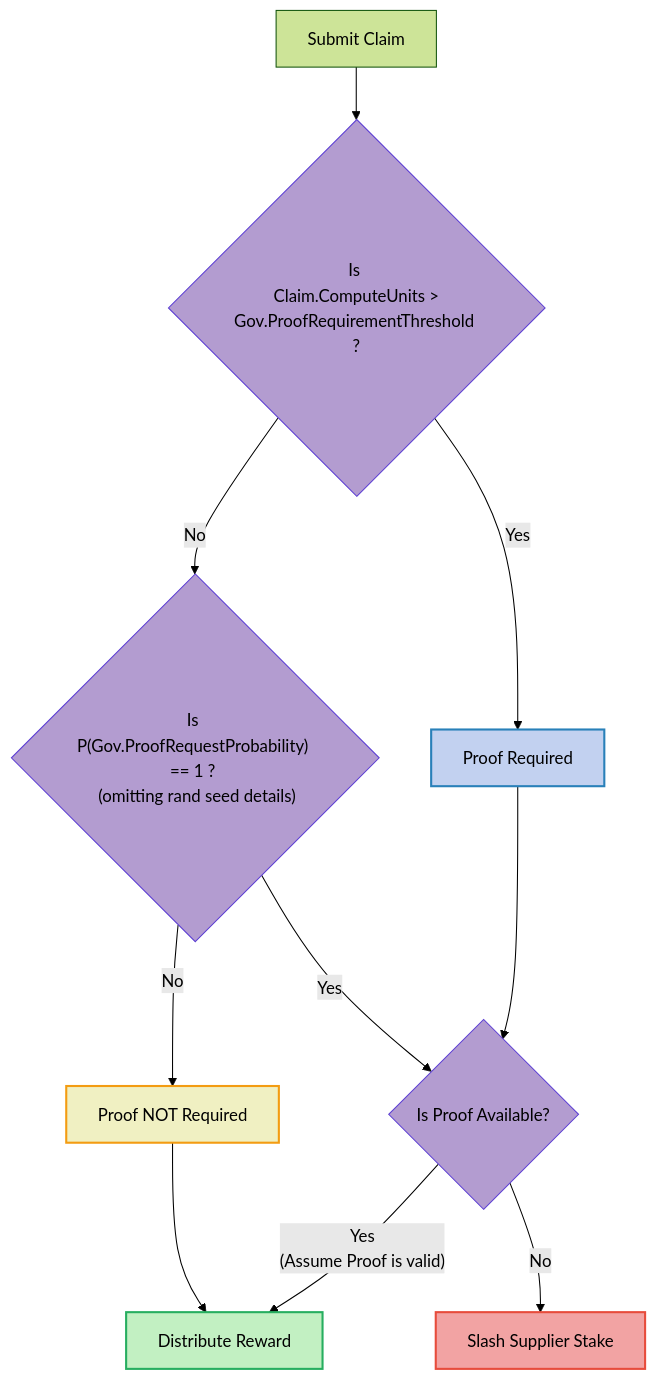
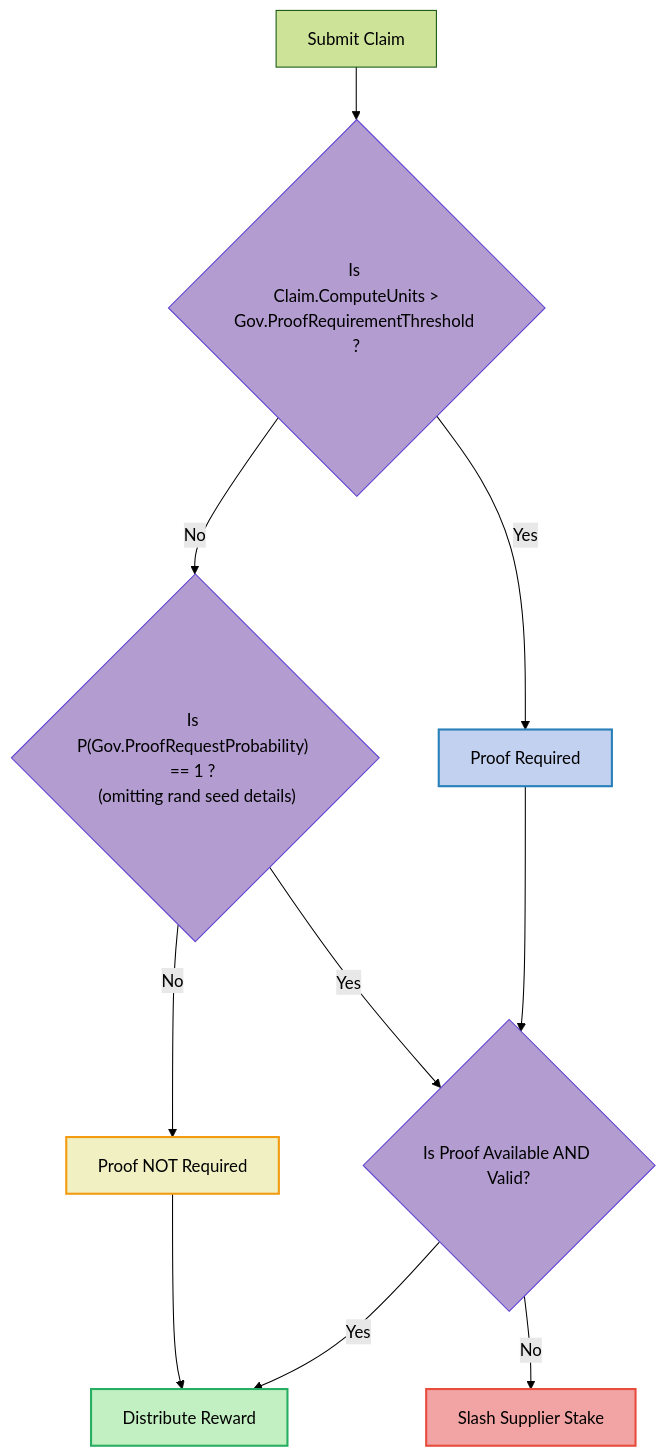
The diagram in docusaurus/docs/protocol/primitives/probabilistic_proofs.md (pokt-network/poktroll), drawn with Mermaid (forest theme) before and after one commit. The commit also changed other lines of this file, not shown here.

````diff
--- a/docusaurus/docs/protocol/primitives/probabilistic_proofs.md
+++ b/docusaurus/docs/protocol/primitives/probabilistic_proofs.md
@@ -95,37 +95,37 @@
 ```mermaid
 flowchart TD
     DR[Distribute Reward]
     SC[Submit Claim]
     PR[Proof Required]
     NP[Proof NOT Required]
     SLASH[Slash Supplier Stake]
 
     %% Is Claim Above Threshold
     ISCAT{ Is <br> Claim.ComputeUnits > Gov.ProofRequirementThreshold ? }
     %% Is Probabilistic Proof Required
     ISPPR{"Is P(Gov.ProofRequestProbability) == 1 ? <br> (omitting rand seed details)"}
     %% Is Proof Available
-    ISPA{"Is Proof Available?"}
+    ISPA{"Is Proof Available AND Valid?"}
 
     SC --> ISCAT
 
     ISCAT --> |No| ISPPR
     ISCAT --> |Yes| PR
 
     ISPPR --> |No| NP
     ISPPR --> |Yes| ISPA
 
-    ISPA --> |"Yes<br>(Assume Proof is valid)"| DR
+    ISPA --> |"Yes"| DR
     ISPA --> |No| SLASH
 
     PR --> ISPA
     NP --> DR
 
     style DR fill:#c2f0c2,stroke:#27ae60,stroke-width:2px,color:#000
     style SLASH fill:#f2a3a3,stroke:#e74c3c,stroke-width:2px,color:#000
     style NP fill:#f0f0c2,stroke:#f39c12,stroke-width:2px,color:#000
     style PR fill:#c2d1f0,stroke:#2980b9,stroke-width:2px,color:#000
 
     classDef decision fill:#B39CD0,stroke:#5D3FD3,color:#000;
     class ISCAT,ISPPR,ISPA decision;
 ```
````
